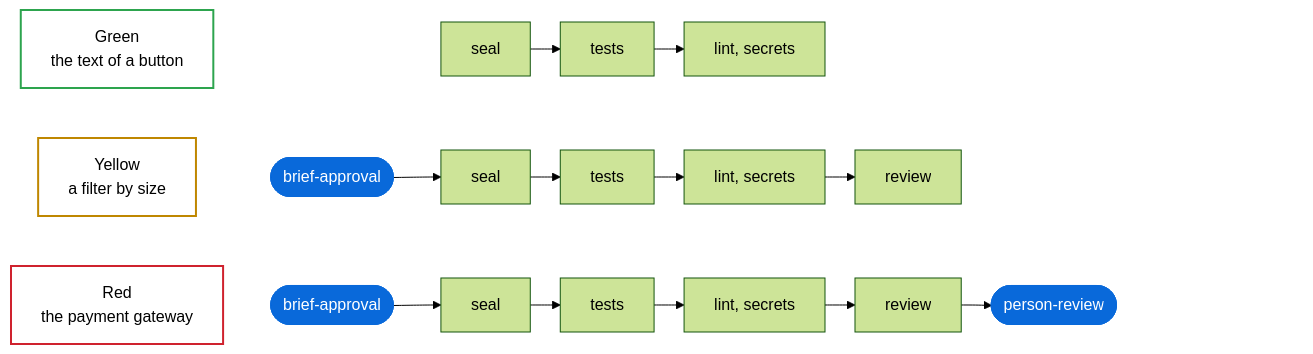
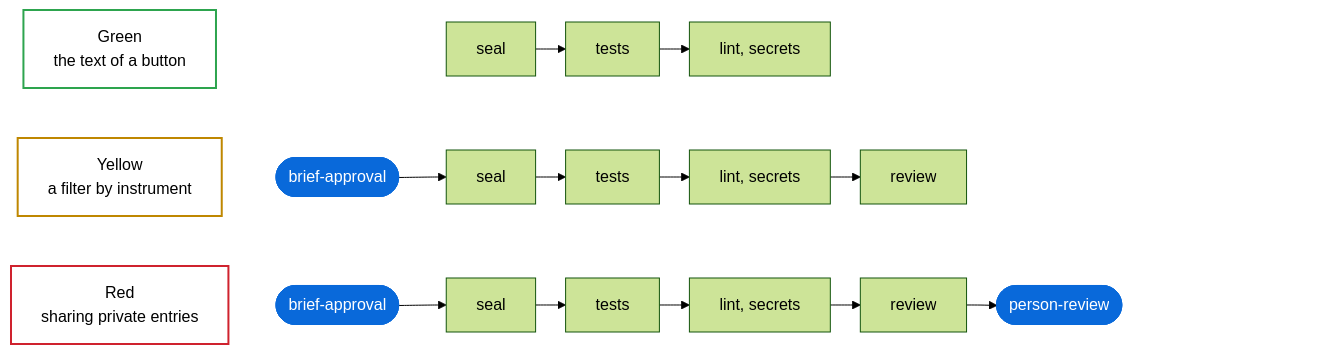
One commit to MarsGotta/gdd changed the third of 4 diagrams in skills/README.md. Above: the diagram before and after it, drawn with Mermaid (forest theme). The commit also changed other lines of this file and 46 other files, not shown here.

First line of the commit message:
Keep brief, fix and review rounds tied to what they judge

````diff
--- a/skills/README.md
+++ b/skills/README.md
@@ -211,18 +211,18 @@
 ```mermaid
 %%{init: {"flowchart": {"rankSpacing": 30}}}%%
 flowchart LR
     accTitle: What each color asks for, in the blueprint's template
     accDescr: Green asks for the seal, the tests, the linter and the secret scan. Yellow adds your approval of the brief before anyone builds, and a reviewer. Red adds your review of the change at the end.
     G["Green<br/>the text of a button"] ~~~ g0["brief-approval"] ~~~ g1["seal"] --> g2["tests"] --> g3["lint, secrets"]
-    Y["Yellow<br/>a filter by size"] ~~~ y0(["brief-approval"]) --> y1["seal"] --> y2["tests"] --> y3["lint, secrets"] --> y5["review"]
-    R["Red<br/>the payment gateway"] ~~~ r0(["brief-approval"]) --> r1["seal"] --> r2["tests"] --> r3["lint, secrets"] --> r5["review"] --> r6(["person-review"])
+    Y["Yellow<br/>a filter by instrument"] ~~~ y0(["brief-approval"]) --> y1["seal"] --> y2["tests"] --> y3["lint, secrets"] --> y5["review"]
+    R["Red<br/>sharing private entries"] ~~~ r0(["brief-approval"]) --> r1["seal"] --> r2["tests"] --> r3["lint, secrets"] --> r5["review"] --> r6(["person-review"])
     %% Two empty nodes: g0 lines Green's checks up with the others, Z keeps the right side free for GitHub's zoom buttons
     r6 ~~~ Z["zoom buttons"]
     classDef you fill:#0969da,stroke:#0969da,color:#ffffff
     classDef room fill:none,stroke:none,color:transparent
     class y0,r0,r6 you
     class g0,Z room
     style G fill:none,stroke:#2da44e,stroke-width:2px
     style Y fill:none,stroke:#bf8700,stroke-width:2px
     style R fill:none,stroke:#cf222e,stroke-width:2px
 ```
````
